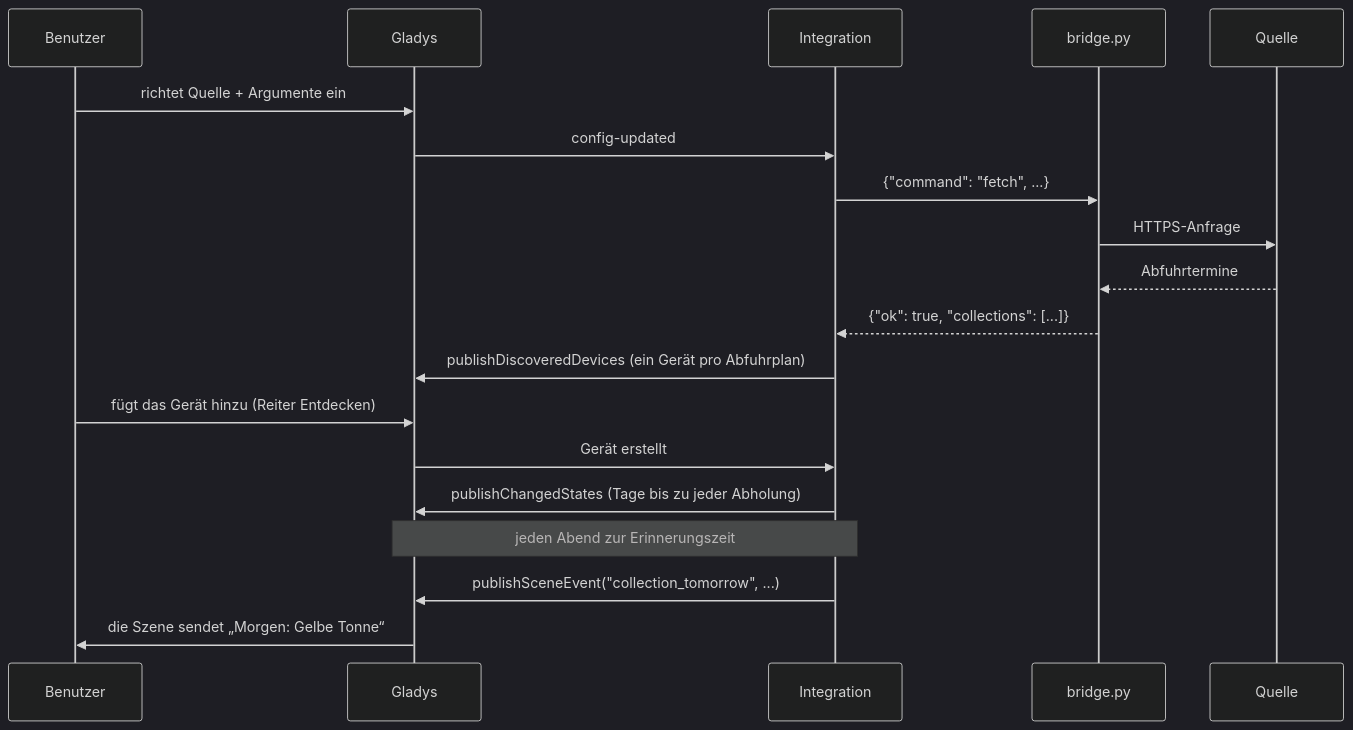
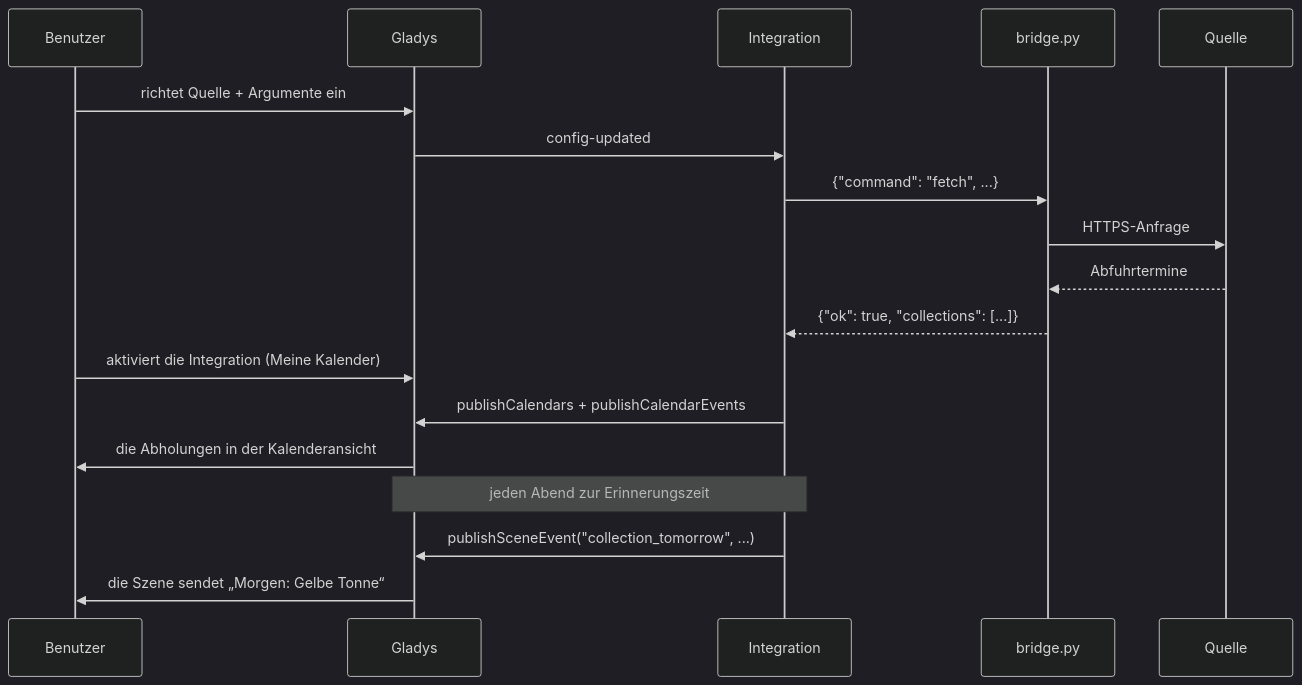
Before and after one commit to William-De71/gladys-waste-collection-schedule: the second of 3 diagrams in README.de.md, drawn with Mermaid (dark theme). The commit also changed other lines of this file and 24 other files, not shown here.

First line of the commit message:
feat!: make the integration a calendar integration

````diff
--- a/README.de.md
+++ b/README.de.md
@@ -52,21 +50,20 @@
 ```mermaid
 sequenceDiagram
   participant U as Benutzer
   participant G as Gladys
   participant I as Integration
   participant P as bridge.py
   participant S as Quelle
   U->>G: richtet Quelle + Argumente ein
   G->>I: config-updated
   I->>P: {"command": "fetch", ...}
   P->>S: HTTPS-Anfrage
   S-->>P: Abfuhrtermine
   P-->>I: {"ok": true, "collections": [...]}
-  I->>G: publishDiscoveredDevices (ein Gerät pro Abfuhrplan)
-  U->>G: fügt das Gerät hinzu (Reiter Entdecken)
-  G->>I: Gerät erstellt
-  I->>G: publishChangedStates (Tage bis zu jeder Abholung)
+  U->>G: aktiviert die Integration (Meine Kalender)
+  I->>G: publishCalendars + publishCalendarEvents
+  G->>U: die Abholungen in der Kalenderansicht
   Note over I,G: jeden Abend zur Erinnerungszeit
   I->>G: publishSceneEvent("collection_tomorrow", ...)
   G->>U: die Szene sendet „Morgen: Gelbe Tonne“
 ```
````
